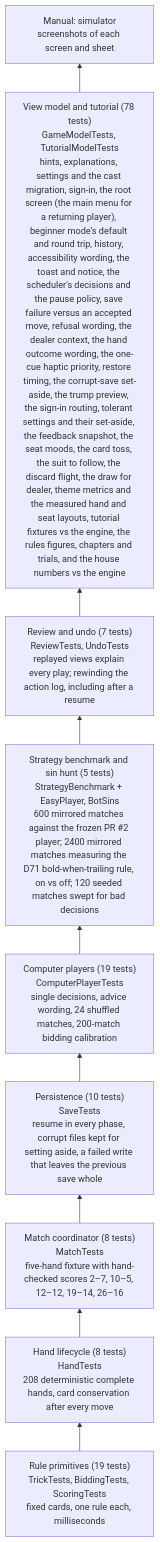
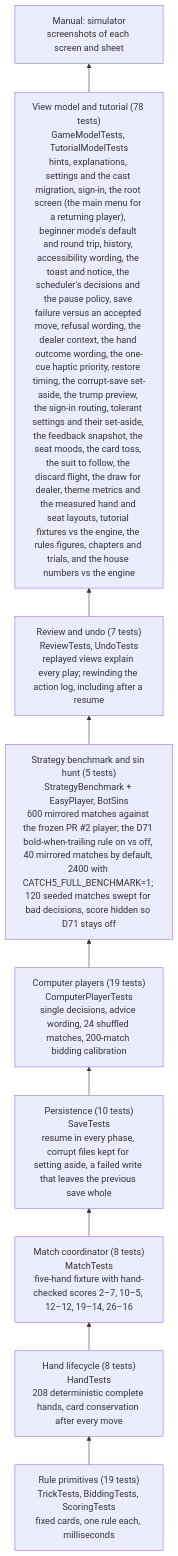
The diagram in docs/testing.md (cmurphy1140/cardgame-io), drawn with Mermaid before and after one commit. The commit also changed other lines of this file and 6 other files, not shown here.

First line of the commit message:
test(engine): hunt sins with score hidden, gate full bold benchmark

````diff
--- a/docs/testing.md
+++ b/docs/testing.md
@@ -40,13 +40,13 @@
 ```mermaid
 flowchart BT
     L1["Rule primitives (19 tests)<br/>TrickTests, BiddingTests, ScoringTests<br/>fixed cards, one rule each, milliseconds"]
     L2["Hand lifecycle (8 tests)<br/>HandTests<br/>208 deterministic complete hands, card conservation after every move"]
     L3["Match coordinator (8 tests)<br/>MatchTests<br/>five-hand fixture with hand-checked scores 2–7, 10–5, 12–12, 19–14, 26–16"]
     L4["Persistence (10 tests)<br/>SaveTests<br/>resume in every phase, corrupt files kept for setting aside, a failed write that leaves the previous save whole"]
     L5["Computer players (19 tests)<br/>ComputerPlayerTests<br/>single decisions, advice wording, 24 shuffled matches, 200-match bidding calibration"]
-    L5b["Strategy benchmark and sin hunt (5 tests)<br/>StrategyBenchmark + EasyPlayer, BotSins<br/>600 mirrored matches against the frozen PR #2 player; 2400 mirrored matches measuring the D71 bold-when-trailing rule, on vs off; 120 seeded matches swept for bad decisions"]
+    L5b["Strategy benchmark and sin hunt (5 tests)<br/>StrategyBenchmark + EasyPlayer, BotSins<br/>600 mirrored matches against the frozen PR #2 player; the D71 bold-when-trailing rule on vs off, 40 mirrored matches by default, 2400 with CATCH5_FULL_BENCHMARK=1; 120 seeded matches swept for bad decisions, score hidden so D71 stays off"]
     L5c["Review and undo (7 tests)<br/>ReviewTests, UndoTests<br/>replayed views explain every play; rewinding the action log, including after a resume"]
     L6["View model and tutorial (78 tests)<br/>GameModelTests, TutorialModelTests<br/>hints, explanations, settings and the cast migration, sign-in, the root screen (the main menu for a returning player), beginner mode's default and round trip, history, accessibility wording, the toast and notice, the scheduler's decisions and the pause policy, save failure versus an accepted move, refusal wording, the dealer context, the hand outcome wording, the one-cue haptic priority, restore timing, the corrupt-save set-aside, the trump preview, the sign-in routing, tolerant settings and their set-aside, the feedback snapshot, the seat moods, the card toss, the suit to follow, the discard flight, the draw for dealer, theme metrics and the measured hand and seat layouts, tutorial fixtures vs the engine, the rules figures, chapters and trials, and the house numbers vs the engine"]
     L7["Manual: simulator<br/>screenshots of each screen and sheet"]
     L1 --> L2 --> L3 --> L4 --> L5 --> L5b --> L5c --> L6 --> L7
 ```
````
